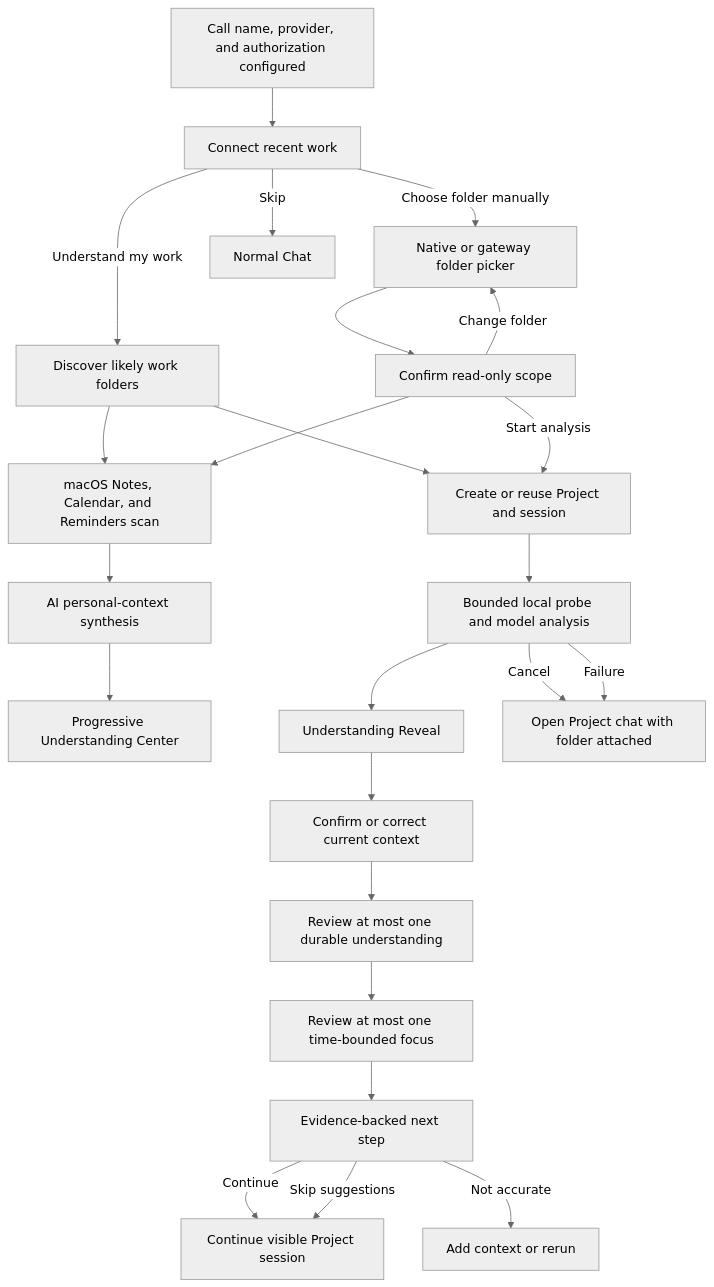
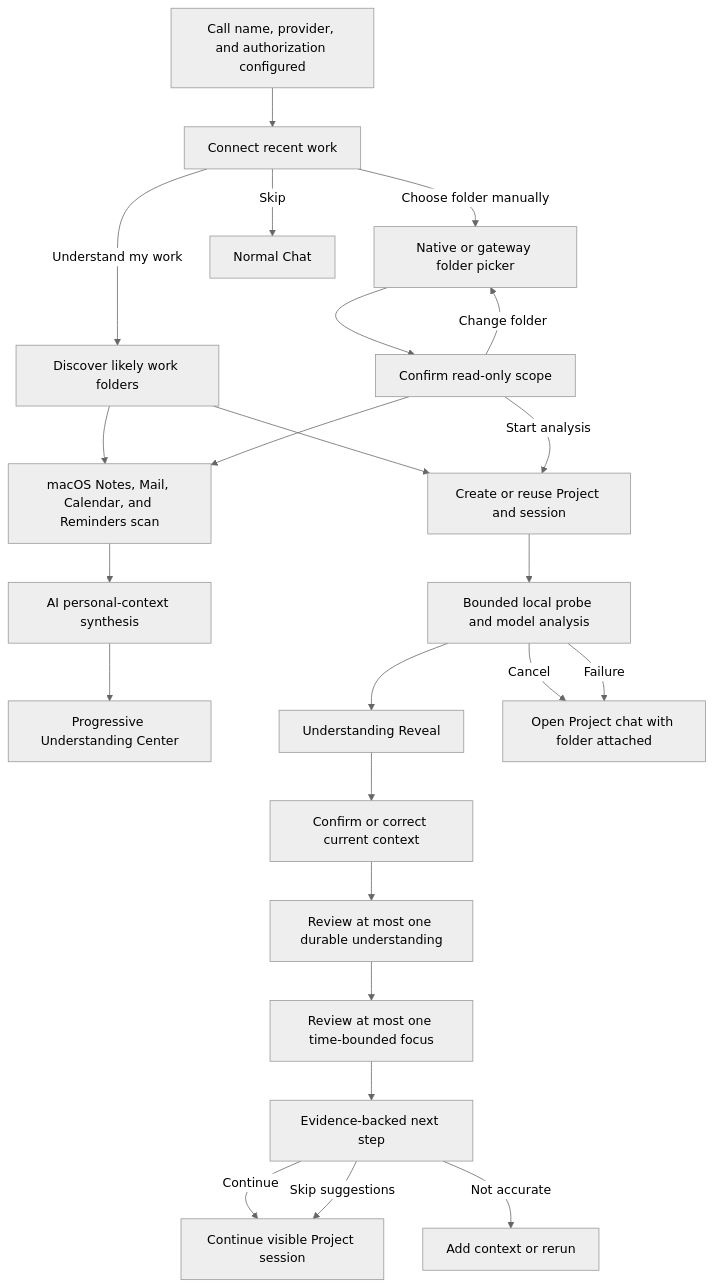
The diagram in docs/design/work-discovery-onboarding.md (xopcai/xopc), drawn with Mermaid (neutral theme) before and after one commit. The commit also changed other lines of this file and 6 other files, not shown here.

````diff
--- a/docs/design/work-discovery-onboarding.md
+++ b/docs/design/work-discovery-onboarding.md
@@ -143,26 +143,26 @@
 ```mermaid
 flowchart TD
   Config[Call name, provider, and authorization configured] --> Intro[Connect recent work]
   Intro -->|Understand my work| Discover[Discover likely work folders]
   Intro -->|Choose folder manually| Pick[Native or gateway folder picker]
   Discover --> Create[Create or reuse Project and session]
-  Discover --> Native[macOS Notes, Calendar, and Reminders scan]
+  Discover --> Native[macOS Notes, Mail, Calendar, and Reminders scan]
   Intro -->|Skip| Chat[Normal Chat]
   Pick --> Confirm[Confirm read-only scope]
   Confirm -->|Start analysis| Create[Create or reuse Project and session]
   Confirm --> Native
   Confirm -->|Change folder| Pick
   Create --> Analyze[Bounded local probe and model analysis]
   Native --> Context[AI personal-context synthesis]
   Context --> Center[Progressive Understanding Center]
   Analyze --> Reveal[Understanding Reveal]
   Reveal --> Summary[Confirm or correct current context]
   Summary --> Memory[Review at most one durable understanding]
   Memory --> Focus[Review at most one time-bounded focus]
   Focus --> Results[Evidence-backed next step]
   Analyze -->|Cancel| Partial[Open Project chat with folder attached]
   Analyze -->|Failure| Partial
   Results -->|Continue| Session[Continue visible Project session]
   Results -->|Not accurate| Clarify[Add context or rerun]
   Results -->|Skip suggestions| Session
 ```
````
